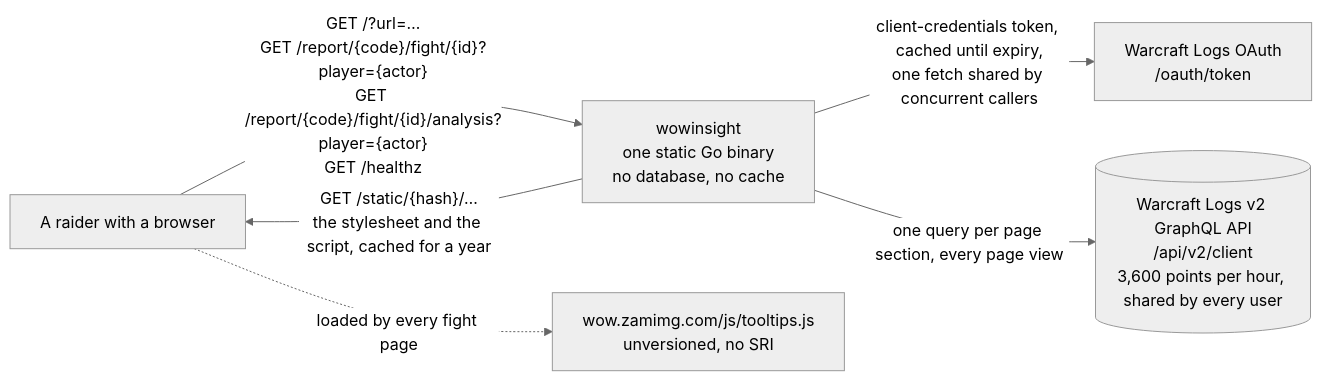
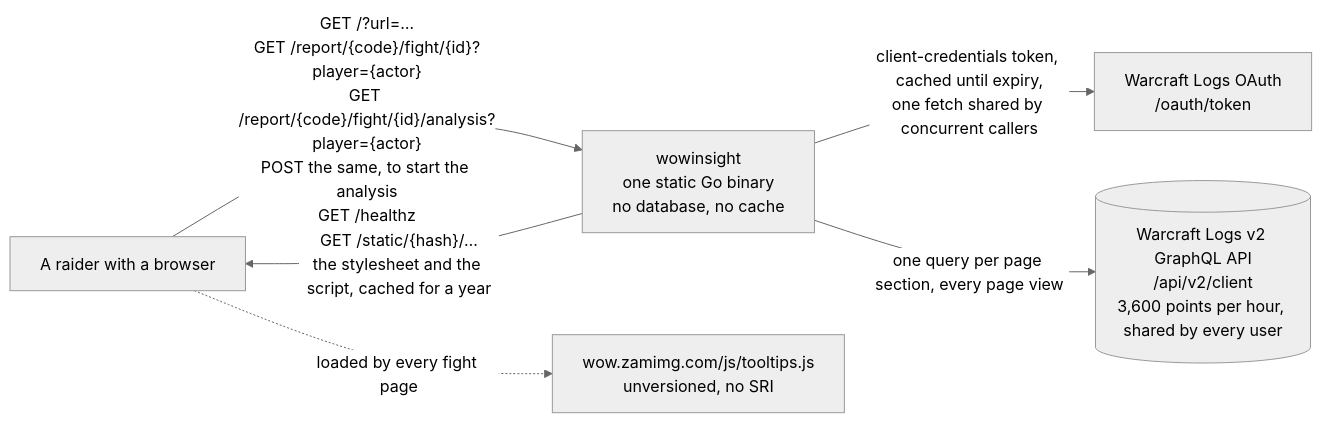
One commit to Gabriel2048/wow-insights changed the first of 3 diagrams in ARCHITECTURE.md. Above: the diagram before and after it, drawn with Mermaid (neutral theme). The commit also changed other lines of this file and 15 other files, not shown here.

````diff
--- a/ARCHITECTURE.md
+++ b/ARCHITECTURE.md
@@ -16,14 +16,14 @@
 ```mermaid
 flowchart LR
     user["A raider with a browser"]
     app["wowinsight<br/>one static Go binary<br/>no database, no cache"]
     oauth["Warcraft Logs OAuth<br/>/oauth/token"]
     api[("Warcraft Logs v2 GraphQL API<br/>/api/v2/client<br/>3,600 points per hour, shared by every user")]
     zam["wow.zamimg.com/js/tooltips.js<br/>unversioned, no SRI"]
 
-    user -->|"GET /?url=…<br/>GET /report/{code}/fight/{id}?player={actor}<br/>GET /report/{code}/fight/{id}/analysis?player={actor}<br/>GET /healthz"| app
+    user -->|"GET /?url=…<br/>GET /report/{code}/fight/{id}?player={actor}<br/>GET /report/{code}/fight/{id}/analysis?player={actor}<br/>POST the same, to start the analysis<br/>GET /healthz"| app
     app -->|"client-credentials token, cached until expiry,<br/>one fetch shared by concurrent callers"| oauth
     app -->|"one query per page section, every page view"| api
     user -.->|"loaded by every fight page"| zam
     app -->|"GET /static/{hash}/…<br/>the stylesheet and the script, cached for a year"| user
 ```
````
